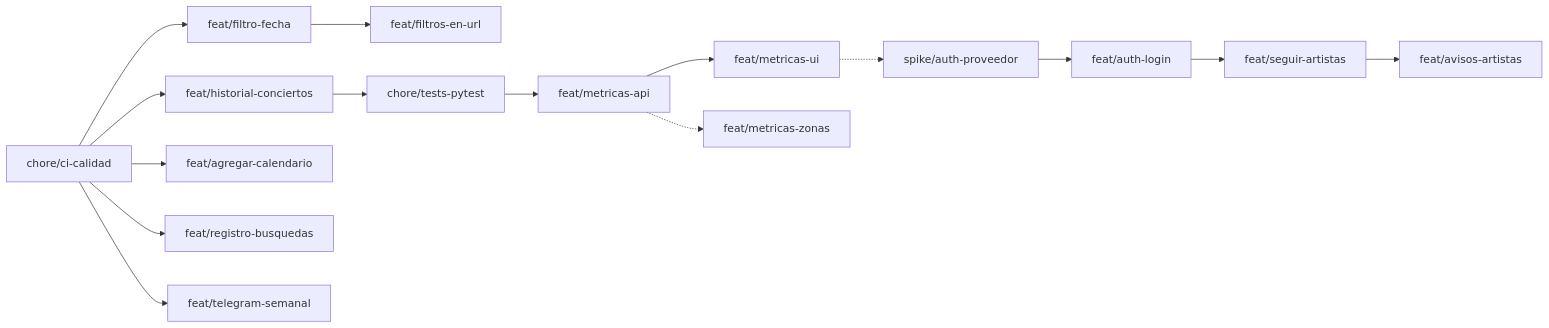
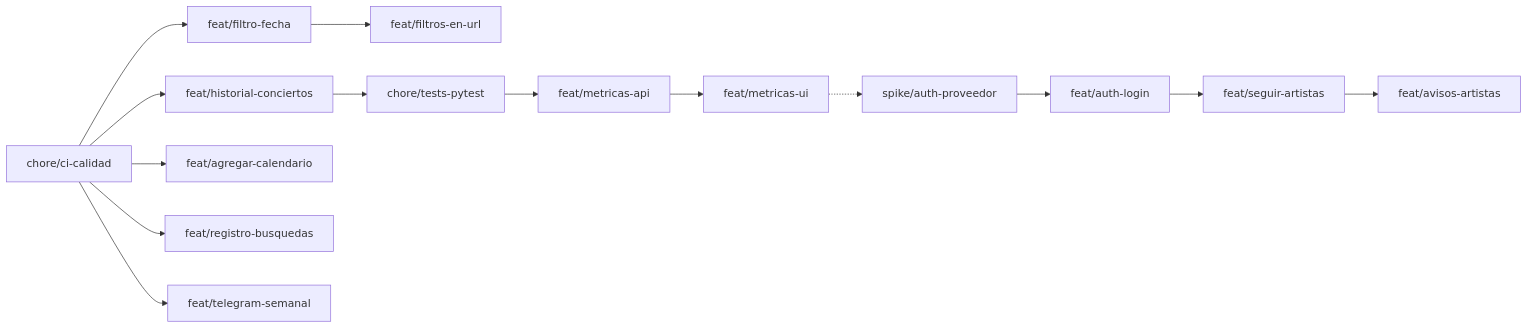
Before and after one commit to FernandezMarcodev/concierto-finder: the diagram in docs/PLAN.md, drawn with Mermaid. The commit also changed other lines of this file and 6 other files, not shown here.

````diff
--- a/docs/PLAN.md
+++ b/docs/PLAN.md
@@ -96,15 +121,14 @@
 ```mermaid
 flowchart LR
     ci[chore/ci-calidad] --> hist[feat/historial-conciertos]
     ci --> fecha[feat/filtro-fecha]
     ci --> cal[feat/agregar-calendario]
     fecha --> url[feat/filtros-en-url]
     ci --> busq[feat/registro-busquedas]
     hist --> tests[chore/tests-pytest] --> api[feat/metricas-api] --> est[feat/metricas-ui]
-    api -.-> zonas[feat/metricas-zonas]
     ci --> tg[feat/telegram-semanal]
     est -.-> spike[spike/auth-proveedor]
     spike --> login[feat/auth-login]
     login --> seguir[feat/seguir-artistas]
     seguir --> avisos[feat/avisos-artistas]
 ```
````
